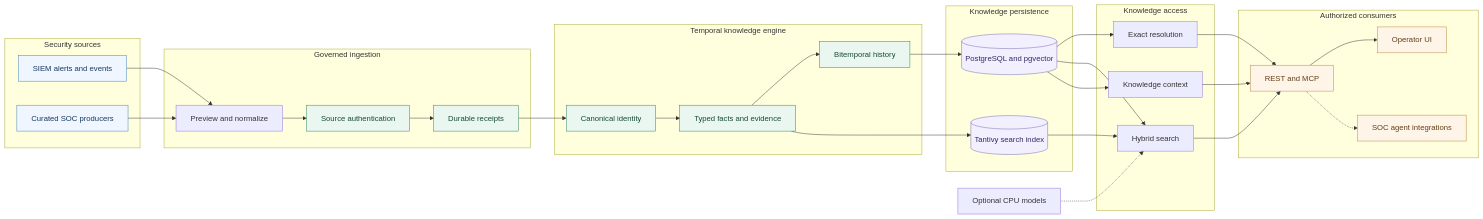
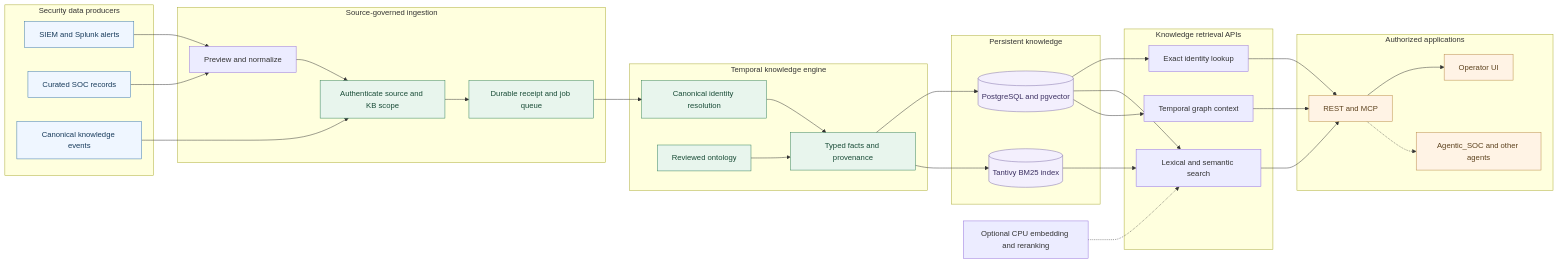
The first of 2 diagrams in README.md (alirzx/Soorin_Bidirectional_Temporal_Knowledge_Graph), drawn with Mermaid before and after one commit. The commit also changed other lines of this file, not shown here.

Commit message:
docs(readme): refine product architecture diagram and navigation

````diff
--- a/README.md
+++ b/README.md
@@ -42,62 +42,60 @@
 ```mermaid
 flowchart LR
-    subgraph Sources["Security sources"]
-        SIEM["SIEM alerts and events"]
-        PROD["Curated SOC producers"]
+    subgraph PRODUCERS["Security data producers"]
+        SIEM["SIEM and Splunk alerts"]
+        CURATED["Curated SOC records"]
+        CANONICAL["Canonical knowledge events"]
     end
-
-    subgraph Intake["Governed ingestion"]
-        PRE["Preview and normalize"]
-        AUTH["Source authentication"]
-        REC["Durable receipts"]
+    subgraph INGEST["Source-governed ingestion"]
+        PREVIEW["Preview and normalize"]
+        AUTH["Authenticate source and KB scope"]
+        RECEIPT["Durable receipt and job queue"]
     end
-
-    subgraph Knowledge["Temporal knowledge engine"]
-        ID["Canonical identity"]
-        FACT["Typed facts and evidence"]
-        TIME["Bitemporal history"]
+    subgraph GRAPH["Temporal knowledge engine"]
+        IDENTITY["Canonical identity resolution"]
+        ONTOLOGY["Reviewed ontology"]
+        FACTS["Typed facts and provenance"]
     end
-
-    subgraph Storage["Knowledge persistence"]
-        DB[("PostgreSQL and pgvector")]
-        BM[("Tantivy search index")]
+    subgraph DATA["Persistent knowledge"]
+        POSTGRES[("PostgreSQL and pgvector")]
+        TANTIVY[("Tantivy BM25 index")]
     end
-
-    subgraph Access["Knowledge access"]
-        RES["Exact resolution"]
-        SEARCH["Hybrid search"]
-        CTX["Knowledge context"]
+    subgraph READ["Knowledge retrieval APIs"]
+        EXACT["Exact identity lookup"]
+        HYBRID["Lexical and semantic search"]
+        CONTEXT["Temporal graph context"]
     end
-
-    subgraph Consumers["Authorized consumers"]
-        REST["REST and MCP"]
+    subgraph CLIENTS["Authorized applications"]
         UI["Operator UI"]
-        AGENT["SOC agent integrations"]
+        API["REST and MCP"]
+        AGENTS["Agentic_SOC and other agents"]
     end
-
-    SIEM --> PRE
-    PROD --> PRE
-    PRE --> AUTH --> REC --> ID --> FACT --> TIME
-    TIME --> DB
-    FACT --> BM
-    DB --> RES
-    DB --> SEARCH
-    DB --> CTX
-    BM --> SEARCH
-    RES --> REST
-    SEARCH --> REST
-    CTX --> REST
-    REST --> UI
-    REST -.-> AGENT
-
-    MODELS["Optional CPU models"] -.-> SEARCH
-
-    classDef source fill:#eff6ff,stroke:#407eb4,color:#173a60
-    classDef core fill:#eaf7f0,stroke:#2c805b,color:#174b37
-    classDef store fill:#f2efff,stroke:#7767ad,color:#362964
-    classDef client fill:#fff4e8,stroke:#bb853d,color:#604116
-    class SIEM,PROD source
-    class AUTH,REC,ID,FACT,TIME core
-    class DB,BM store
-    class UI,AGENT,REST client
+    SIEM --> PREVIEW
+    CURATED --> PREVIEW
+    PREVIEW --> AUTH
+    CANONICAL --> AUTH
+    AUTH --> RECEIPT
+    RECEIPT --> IDENTITY
+    ONTOLOGY --> FACTS
+    IDENTITY --> FACTS
+    FACTS --> POSTGRES
+    FACTS --> TANTIVY
+    POSTGRES --> EXACT
+    POSTGRES --> HYBRID
+    POSTGRES --> CONTEXT
+    TANTIVY --> HYBRID
+    EXACT --> API
+    HYBRID --> API
+    CONTEXT --> API
+    API --> UI
+    API -.-> AGENTS
+    MODELS["Optional CPU embedding and reranking"] -.-> HYBRID
+    classDef producer fill:#eff6ff,stroke:#3976ac,color:#183b5b
+    classDef engine fill:#e8f5ed,stroke:#32805b,color:#194c37
+    classDef persistence fill:#f3effd,stroke:#7d6da7,color:#3c3062
+    classDef consumer fill:#fff3e5,stroke:#b88945,color:#5d421e
+    class SIEM,CURATED,CANONICAL producer
+    class AUTH,RECEIPT,IDENTITY,ONTOLOGY,FACTS engine
+    class POSTGRES,TANTIVY persistence
+    class UI,API,AGENTS consumer
 ```
````
